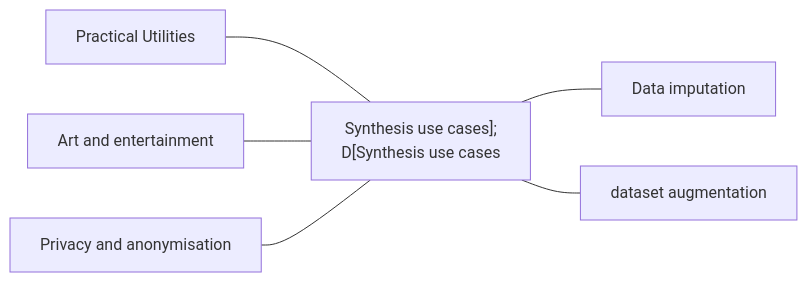
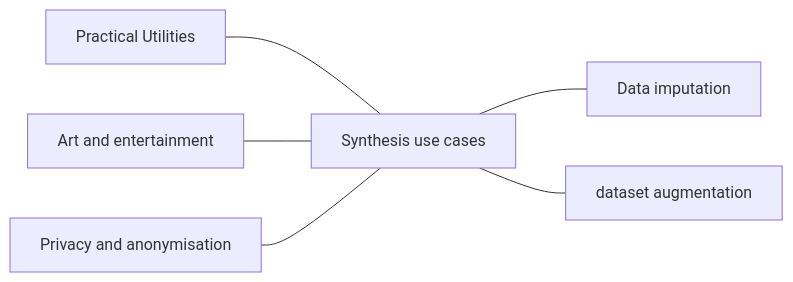
Before and after one commit to vicky-liu17/vicky-blogs: the diagram in Machine_Learning_and_Data_Generation.md, drawn with Mermaid.

````diff
--- a/Machine_Learning_and_Data_Generation.md
+++ b/Machine_Learning_and_Data_Generation.md
@@ -13,5 +13,5 @@
 ```mermaid
 graph LR;
-A[Practical Utilities] & B[Art and entertainment] & C[Privacy and anonymisation]---D["Synthesis use cases];
-D["Synthesis use cases]---E[Data imputation] & F[dataset augmentation];
+A[Practical Utilities] & B[Art and entertainment] & C[Privacy and anonymisation]---D[Synthesis use cases];
+D[Synthesis use cases]---E[Data imputation] & F[dataset augmentation];
 ```
````
